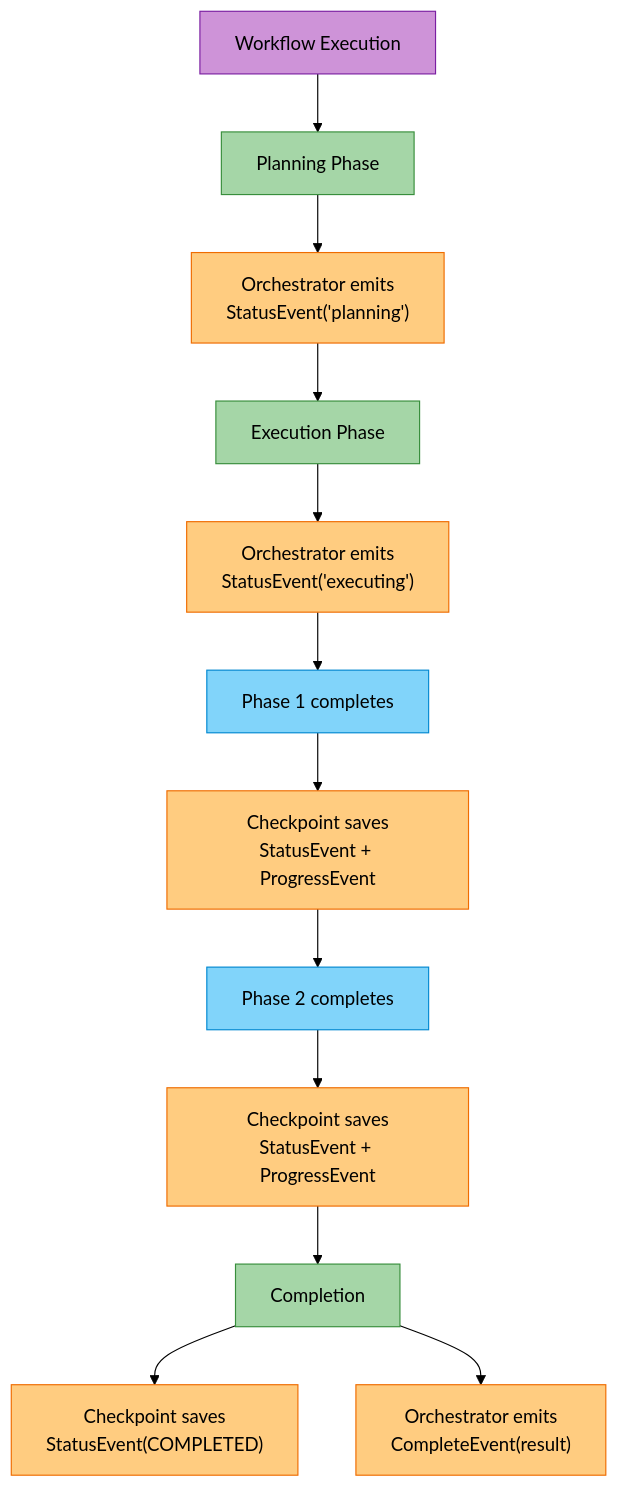
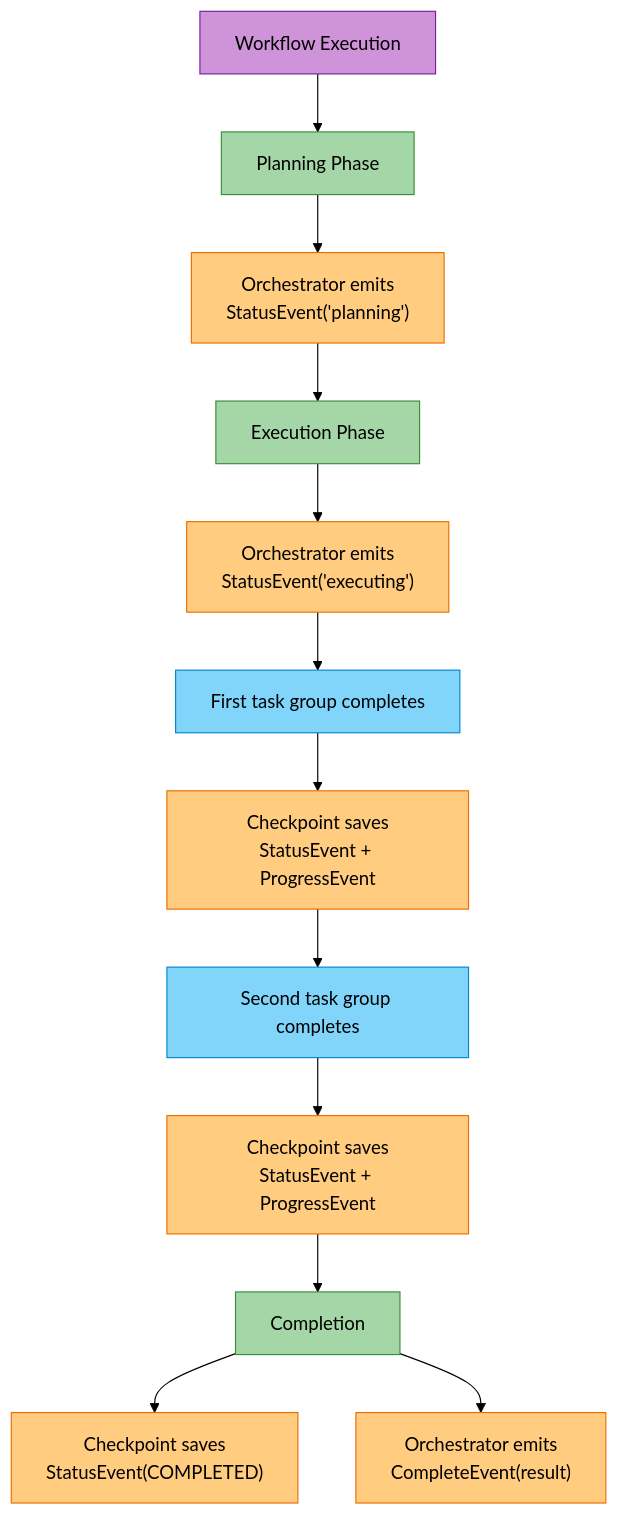
Before and after one commit to amit-jain/cogniverse: the second of 2 diagrams in docs/modules/events.md, drawn with Mermaid (forest theme). The commit also changed 42 other files, not shown here.

````diff
--- a/docs/modules/events.md
+++ b/docs/modules/events.md
@@ -323,45 +323,45 @@
 ```mermaid
 flowchart TD
     Start["<span style='color:#000'>Workflow Execution</span>"]
 
     Planning["<span style='color:#000'>Planning Phase</span>"]
     PlanningEvent["<span style='color:#000'>Orchestrator emits<br/>StatusEvent('planning')</span>"]
 
     Execution["<span style='color:#000'>Execution Phase</span>"]
     ExecutionEvent["<span style='color:#000'>Orchestrator emits<br/>StatusEvent('executing')</span>"]
 
-    Phase1["<span style='color:#000'>Phase 1 completes</span>"]
-    Phase1Event["<span style='color:#000'>Checkpoint saves<br/>StatusEvent + ProgressEvent</span>"]
+    TaskGroup1["<span style='color:#000'>First task group completes</span>"]
+    TaskGroup1Event["<span style='color:#000'>Checkpoint saves<br/>StatusEvent + ProgressEvent</span>"]
 
-    Phase2["<span style='color:#000'>Phase 2 completes</span>"]
-    Phase2Event["<span style='color:#000'>Checkpoint saves<br/>StatusEvent + ProgressEvent</span>"]
+    TaskGroup2["<span style='color:#000'>Second task group completes</span>"]
+    TaskGroup2Event["<span style='color:#000'>Checkpoint saves<br/>StatusEvent + ProgressEvent</span>"]
 
     Completion["<span style='color:#000'>Completion</span>"]
     CompletionEvent1["<span style='color:#000'>Checkpoint saves<br/>StatusEvent(COMPLETED)</span>"]
     CompletionEvent2["<span style='color:#000'>Orchestrator emits<br/>CompleteEvent(result)</span>"]
 
     Start --> Planning
     Planning --> PlanningEvent
     PlanningEvent --> Execution
     Execution --> ExecutionEvent
-    ExecutionEvent --> Phase1
-    Phase1 --> Phase1Event
-    Phase1Event --> Phase2
-    Phase2 --> Phase2Event
-    Phase2Event --> Completion
+    ExecutionEvent --> TaskGroup1
+    TaskGroup1 --> TaskGroup1Event
+    TaskGroup1Event --> TaskGroup2
+    TaskGroup2 --> TaskGroup2Event
+    TaskGroup2Event --> Completion
     Completion --> CompletionEvent1
     Completion --> CompletionEvent2
 
     style Start fill:#ce93d8,stroke:#7b1fa2,color:#000
     style Planning fill:#a5d6a7,stroke:#388e3c,color:#000
     style PlanningEvent fill:#ffcc80,stroke:#ef6c00,color:#000
     style Execution fill:#a5d6a7,stroke:#388e3c,color:#000
     style ExecutionEvent fill:#ffcc80,stroke:#ef6c00,color:#000
-    style Phase1 fill:#81d4fa,stroke:#0288d1,color:#000
-    style Phase1Event fill:#ffcc80,stroke:#ef6c00,color:#000
-    style Phase2 fill:#81d4fa,stroke:#0288d1,color:#000
-    style Phase2Event fill:#ffcc80,stroke:#ef6c00,color:#000
+    style TaskGroup1 fill:#81d4fa,stroke:#0288d1,color:#000
+    style TaskGroup1Event fill:#ffcc80,stroke:#ef6c00,color:#000
+    style TaskGroup2 fill:#81d4fa,stroke:#0288d1,color:#000
+    style TaskGroup2Event fill:#ffcc80,stroke:#ef6c00,color:#000
     style Completion fill:#a5d6a7,stroke:#388e3c,color:#000
     style CompletionEvent1 fill:#ffcc80,stroke:#ef6c00,color:#000
     style CompletionEvent2 fill:#ffcc80,stroke:#ef6c00,color:#000
 ```
````
